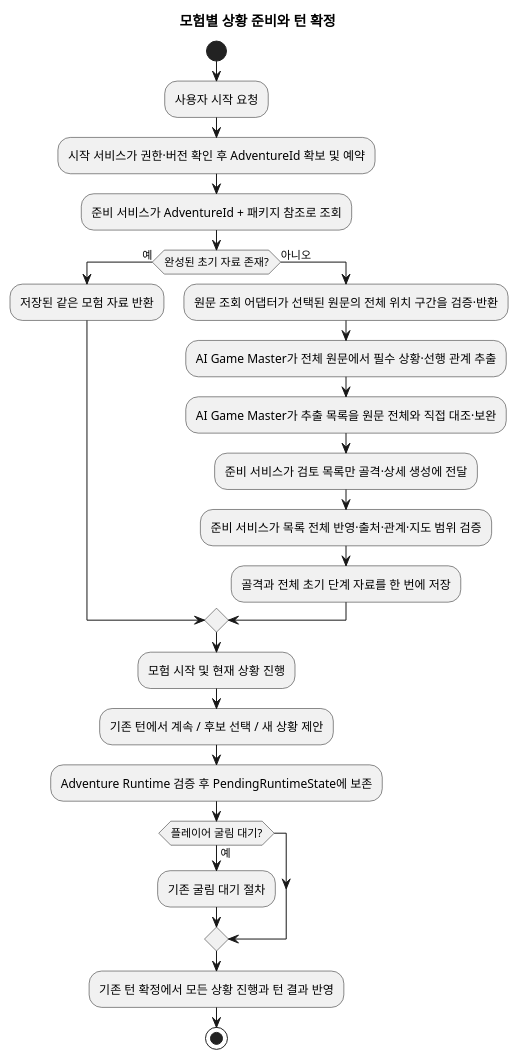
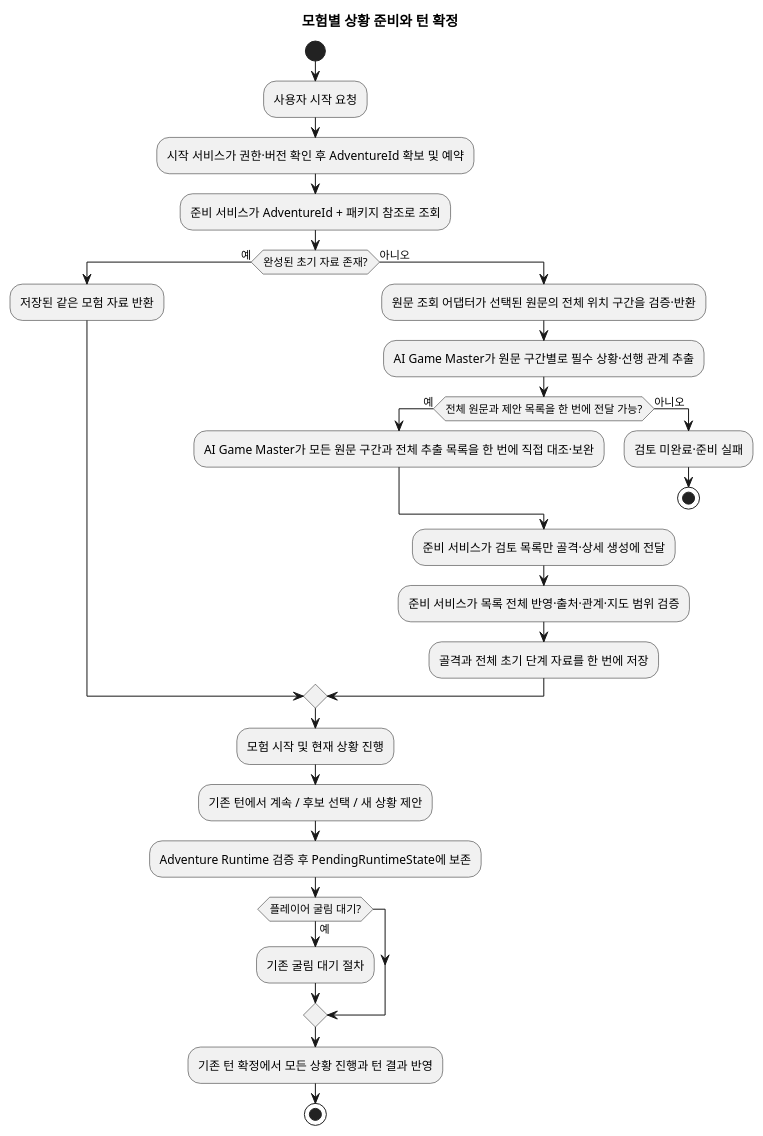
The diagram in docs/specs/scenario-situation-candidates/architecture-spec.md (omegafrog/dnd-master), drawn with PlantUML before and after one commit. The commit also changed other lines of this file and 3 other files, not shown here.

````diff
--- a/docs/specs/scenario-situation-candidates/architecture-spec.md
+++ b/docs/specs/scenario-situation-candidates/architecture-spec.md
@@ -33,27 +33,32 @@
 ```plantuml
 @startuml
  title 모험별 상황 준비와 턴 확정
  start
  :사용자 시작 요청;
  :시작 서비스가 권한·버전 확인 후 AdventureId 확보 및 예약;
  :준비 서비스가 AdventureId + 패키지 참조로 조회;
  if (완성된 초기 자료 존재?) then (예)
    :저장된 같은 모험 자료 반환;
  else (아니오)
    :원문 조회 어댑터가 선택된 원문의 전체 위치 구간을 검증·반환;
-   :AI Game Master가 전체 원문에서 필수 상황·선행 관계 추출;
-   :AI Game Master가 추출 목록을 원문 전체와 직접 대조·보완;
+   :AI Game Master가 원문 구간별로 필수 상황·선행 관계 추출;
+   if (전체 원문과 제안 목록을 한 번에 전달 가능?) then (예)
+     :AI Game Master가 모든 원문 구간과 전체 추출 목록을 한 번에 직접 대조·보완;
+   else (아니오)
+     :검토 미완료·준비 실패;
+     stop
+   endif
    :준비 서비스가 검토 목록만 골격·상세 생성에 전달;
    :준비 서비스가 목록 전체 반영·출처·관계·지도 범위 검증;
    :골격과 전체 초기 단계 자료를 한 번에 저장;
  endif
  :모험 시작 및 현재 상황 진행;
  :기존 턴에서 계속 / 후보 선택 / 새 상황 제안;
  :Adventure Runtime 검증 후 PendingRuntimeState에 보존;
  if (플레이어 굴림 대기?) then (예)
    :기존 굴림 대기 절차;
  endif
  :기존 턴 확정에서 모든 상황 진행과 턴 결과 반영;
  stop
 @enduml
 ```
````
